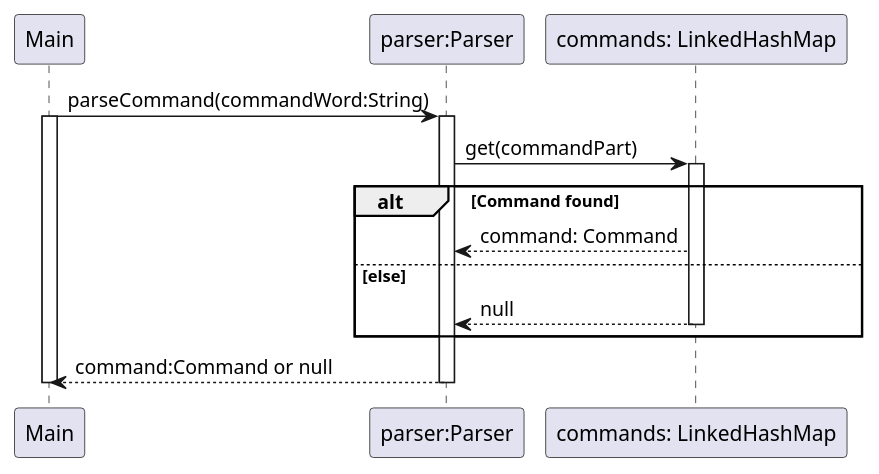
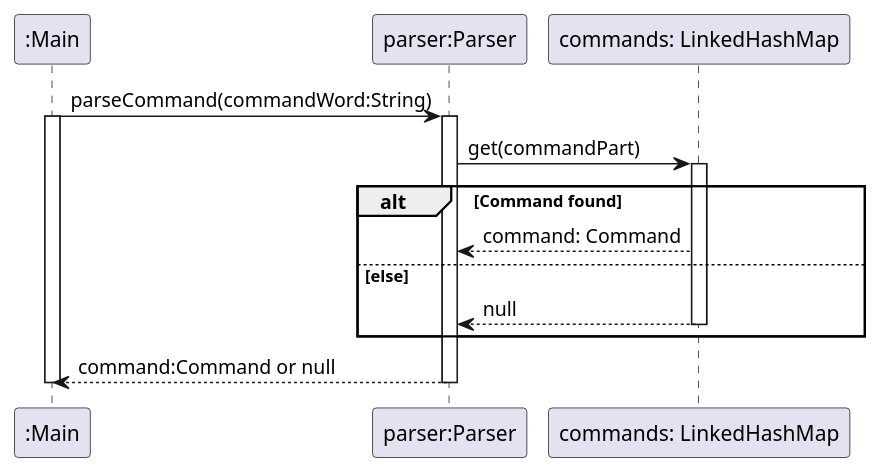
One commit to nus-cs2113-AY2425S1/tp changed the second of 4 diagrams in docs/plantUMLCode/parser-class-diagram.puml. Above: the diagram before and after it, drawn with PlantUML. The commit also changed other lines of this file and 2 other files, not shown here.

Commit message:
Update diagrams

```diff
--- a/docs/plantUMLCode/parser-class-diagram.puml
+++ b/docs/plantUMLCode/parser-class-diagram.puml
@@ -42,21 +42,21 @@
 @startuml
-participant "Main" as Main
+participant ":Main" as Main
 
 participant "parser:Parser" as Parser
 Main -> Parser: parseCommand(commandWord:String)
 activate Main
 activate Parser
 
 Parser -> "commands: LinkedHashMap" as CommandMap: get(commandPart)
 activate CommandMap
 alt Command found
     CommandMap --> Parser: command: Command
 else else
     CommandMap --> Parser: null
     deactivate CommandMap
 end
 
 Parser --> Main: command:Command or null
 deactivate Parser
 deactivate Main
 @enduml
```
